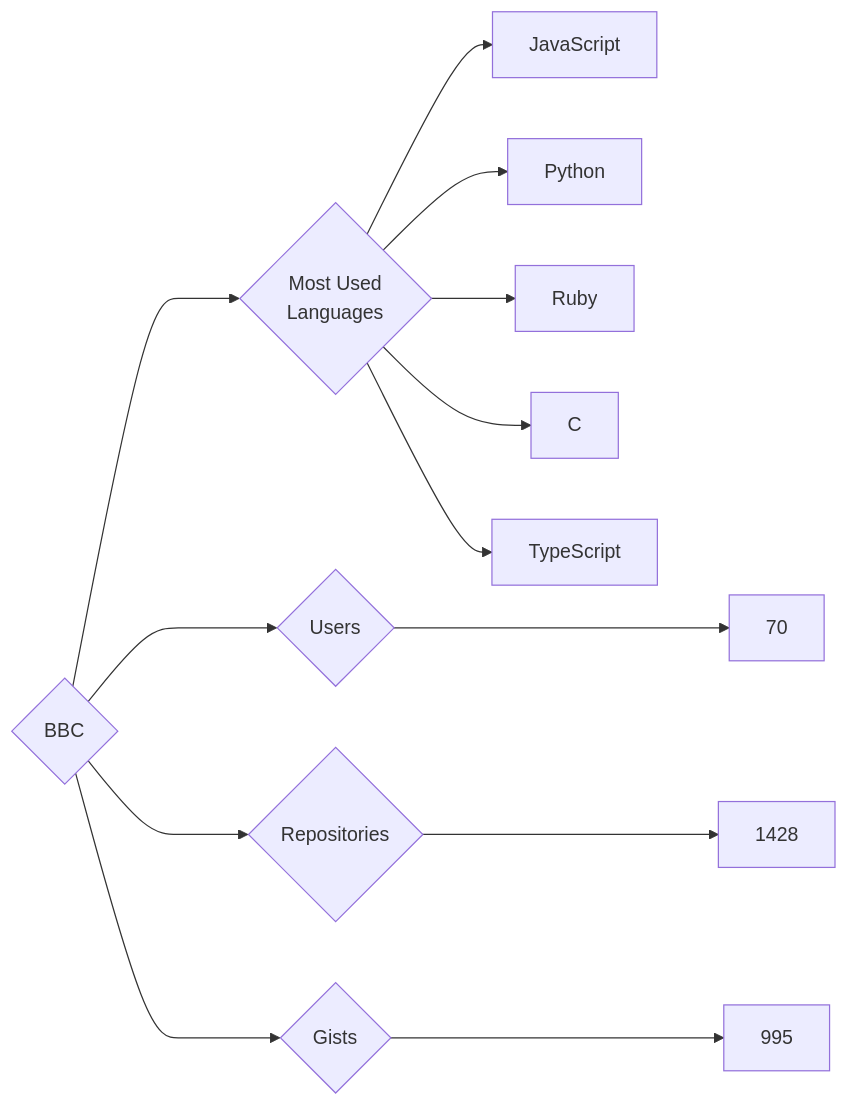
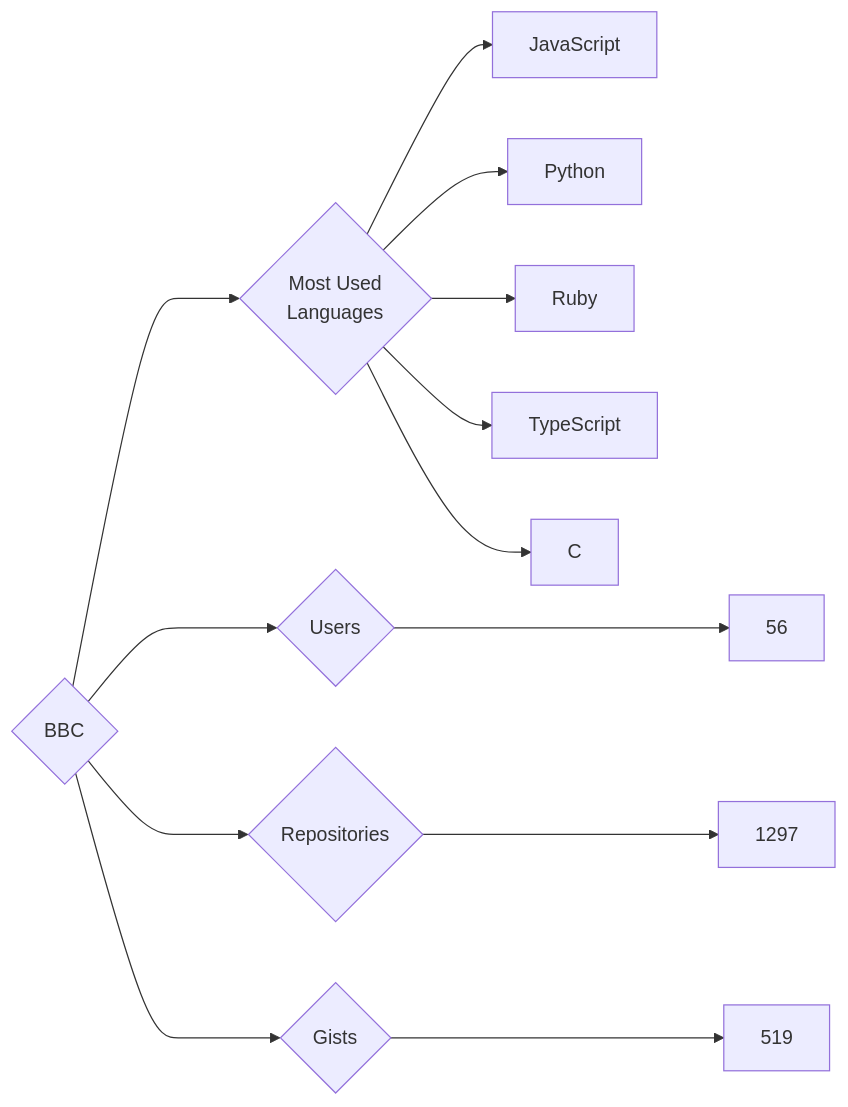
Before and after one commit to trickest/insiders: the diagram in targets/BBC/README.md, drawn with Mermaid. The commit also changed 924 other files, not shown here.

````diff
--- a/targets/BBC/README.md
+++ b/targets/BBC/README.md
@@ -3,13 +3,13 @@
 ```mermaid
 graph LR
 COMPANY_NAME{BBC}
-COMPANY_NAME ---> U{Users} ---> UN[70]
-COMPANY_NAME ---> R{Repositories} ---> RN[1428]
-COMPANY_NAME ---> G{Gists} ---> GN[995]
+COMPANY_NAME ---> U{Users} ---> UN[56]
+COMPANY_NAME ---> R{Repositories} ---> RN[1297]
+COMPANY_NAME ---> G{Gists} ---> GN[519]
 COMPANY_NAME ---> ML{Most Used<br>Languages}
 ML --> JavaScript[JavaScript]
 ML --> Python[Python]
 ML --> Ruby[Ruby]
+ML --> TypeScript[TypeScript]
 ML --> C[C]
-ML --> TypeScript[TypeScript]
 ```
````
